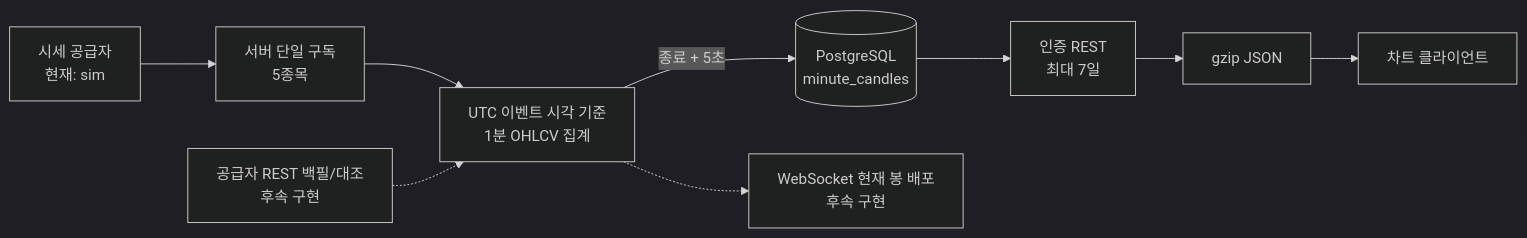
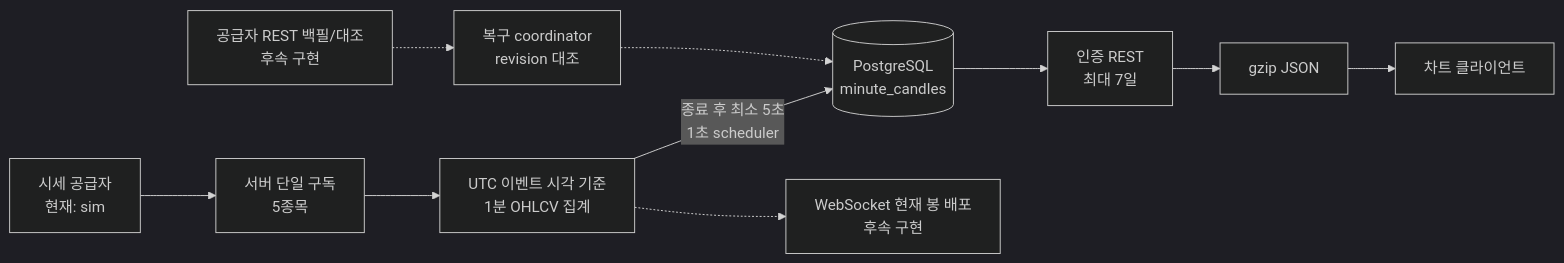
The first of 2 diagrams in docs/market-minute-candles.md (stdiodh/GrowAnt-SERVER), drawn with Mermaid (dark theme) before and after one commit. The commit also changed other lines of this file and 9 other files, not shown here.

````diff
--- a/docs/market-minute-candles.md
+++ b/docs/market-minute-candles.md
@@ -20,11 +22,12 @@
 ```mermaid
 flowchart LR
     P["시세 공급자<br/>현재: sim"] --> C["서버 단일 구독<br/>5종목"]
     C --> A["UTC 이벤트 시각 기준<br/>1분 OHLCV 집계"]
-    A -->|"종료 + 5초"| D[("PostgreSQL<br/>minute_candles")]
-    D --> R["인증 REST<br/>최대 7일"]
-    R --> G["gzip JSON"]
+    A -->|"종료 후 최소 5초<br/>1초 scheduler"| D[("PostgreSQL<br/>minute_candles")]
+    D --> Q["인증 REST<br/>최대 7일"]
+    Q --> G["gzip JSON"]
     G --> U["차트 클라이언트"]
-    B["공급자 REST 백필/대조<br/>후속 구현"] -.-> A
+    B["공급자 REST 백필/대조<br/>후속 구현"] -.-> RC["복구 coordinator<br/>revision 대조"]
+    RC -.-> D
     A -.-> W["WebSocket 현재 봉 배포<br/>후속 구현"]
 ```
````
